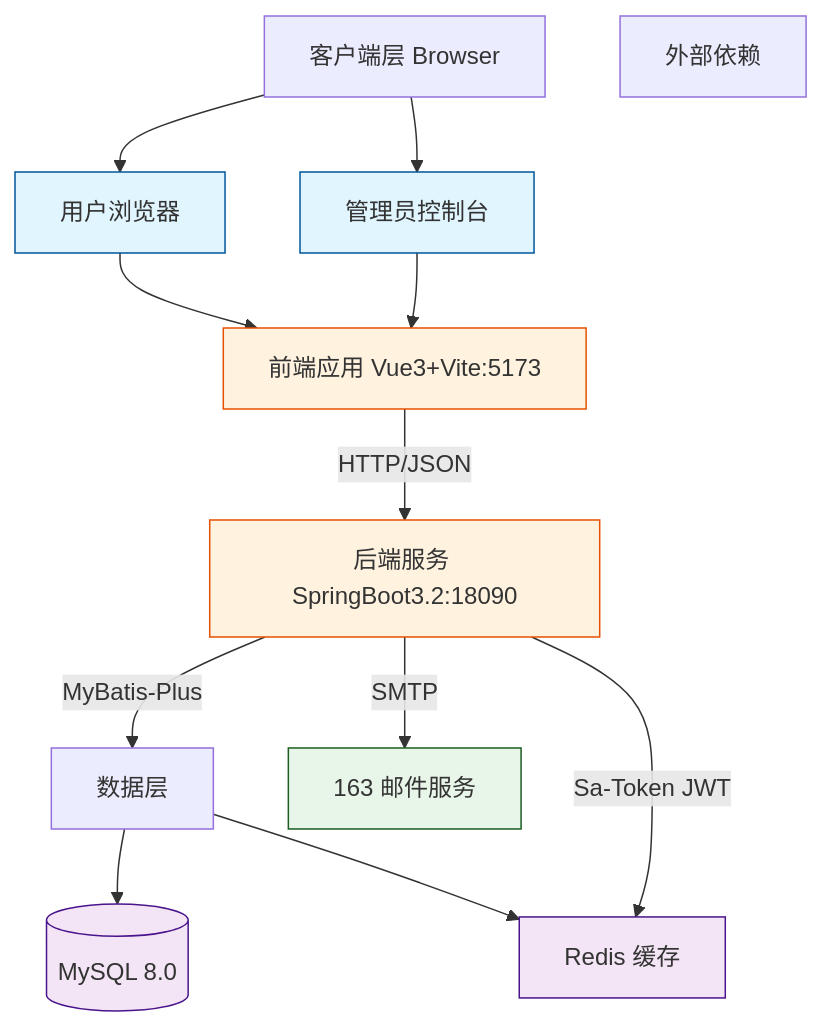
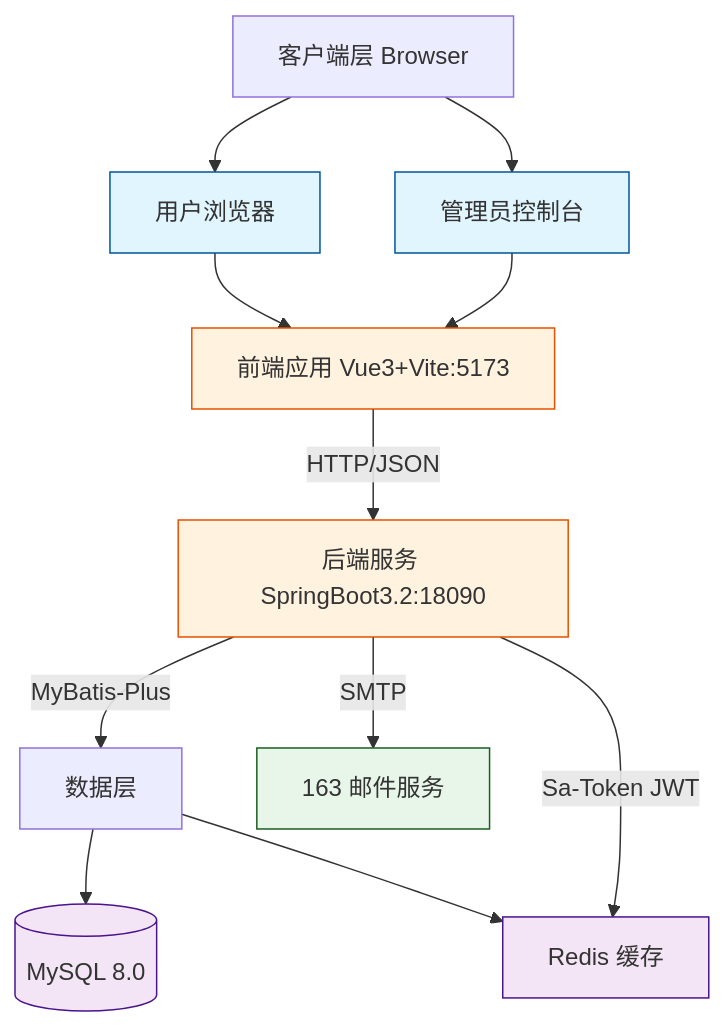
The third of 30 diagrams in docs/项目图表.md (zwj-3193655211/campus-LostandFound), drawn with Mermaid before and after one commit. The commit also changed other lines of this file, not shown here.

Commit message:
docs: 删除系统架构图中孤立的External节点

````diff
--- a/docs/项目图表.md
+++ b/docs/项目图表.md
@@ -154,35 +154,34 @@
 ```mermaid
 graph TB
     Client[客户端层 Browser]
     Frontend[前端应用 Vue3+Vite:5173]
     Backend[后端服务 SpringBoot3.2:18090]
-    External[外部依赖]
     DataLayer[数据层]
 
     U[用户浏览器]
     A[管理员控制台]
 
     Client --> U
     Client --> A
     U --> Frontend
     A --> Frontend
 
     Frontend -->|HTTP/JSON| Backend
 
     Backend -->|MyBatis-Plus| DataLayer
     Backend -->|SMTP| MailServer[163 邮件服务]
     Backend -->|Sa-Token JWT| CacheLayer[Redis 缓存]
 
     DataLayer --> MySQL[(MySQL 8.0)]
     DataLayer --> CacheLayer
 
     classDef client fill:#e1f5ff,stroke:#01579b
     classDef server fill:#fff3e0,stroke:#e65100
     classDef data fill:#f3e5f5,stroke:#4a148c
     classDef external fill:#e8f5e9,stroke:#1b5e20
 
     class U,A client
     class Backend,Frontend server
     class MySQL,CacheLayer data
     class MailServer external
 ```
````
